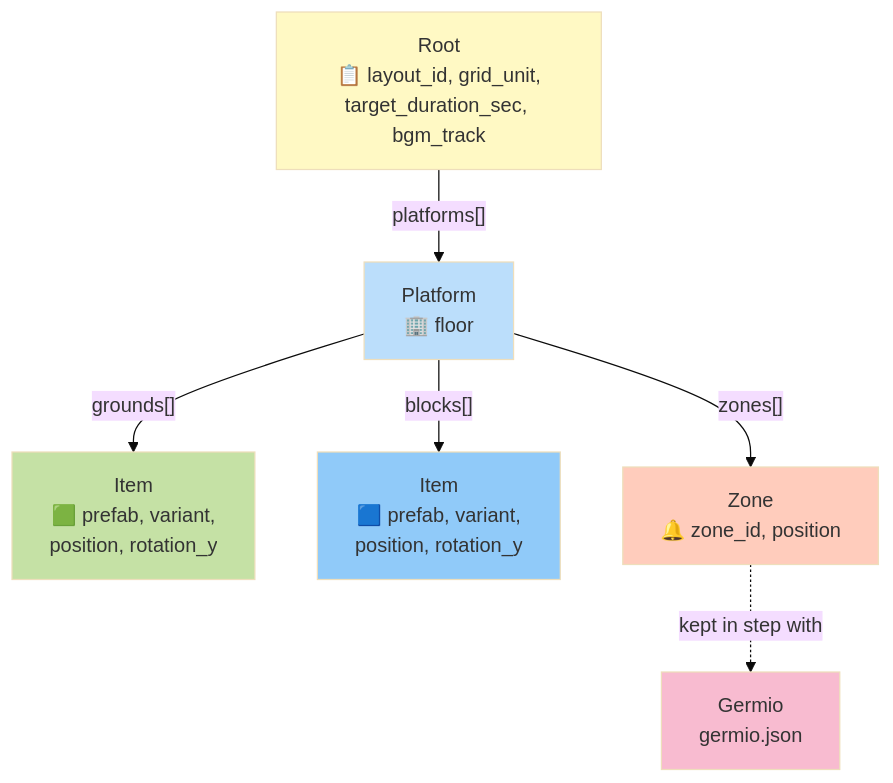
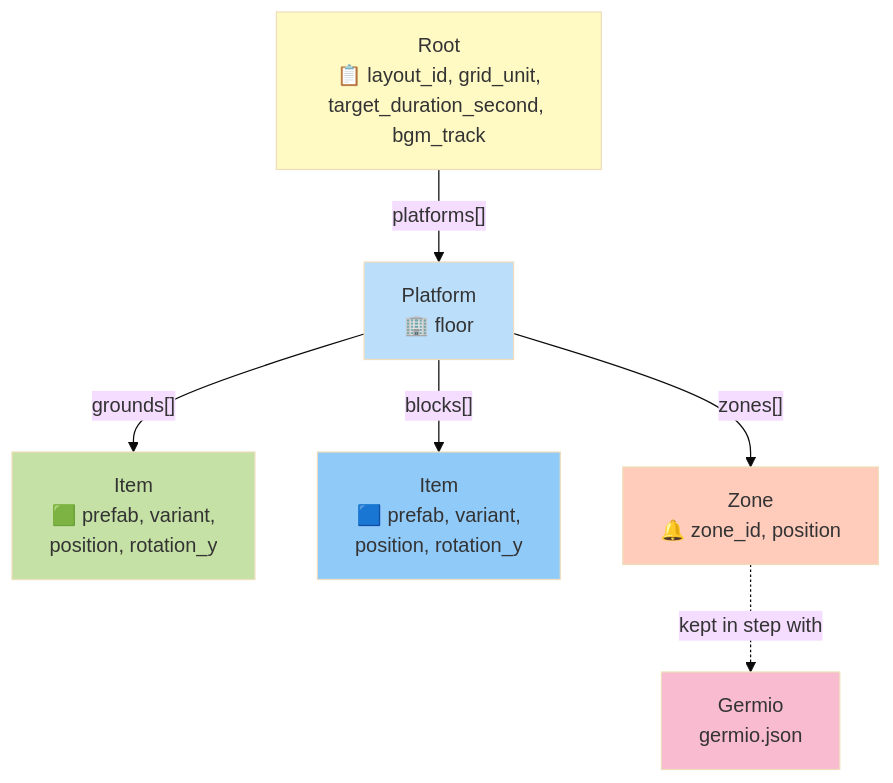
One commit to hiroxpepe/briko changed the seventh of 11 diagrams in README.md. Above: the diagram before and after it, drawn with Mermaid (base theme). The commit also changed other lines of this file and 7 other files, not shown here.

````diff
--- a/README.md
+++ b/README.md
@@ -286,17 +286,17 @@
 ```mermaid
 graph TB
-    Root[Root<br/>📋 layout_id, grid_unit,<br/>target_duration_sec, bgm_track]
+    Root[Root<br/>📋 layout_id, grid_unit,<br/>target_duration_second, bgm_track]
     Root -->|"platforms[]"| P[Platform<br/>🏢 floor]
     P -->|"grounds[]"| I1[Item<br/>🟩 prefab, variant,<br/>position, rotation_y]
     P -->|"blocks[]"| I2[Item<br/>🟦 prefab, variant,<br/>position, rotation_y]
     P -->|"zones[]"| Z[Zone<br/>🔔 zone_id, position]
 
     Z -.kept in step with.-> Germio[Germio<br/>germio.json]
 
     style Root fill:#fff9c4
     style P fill:#bbdefb
     style I1 fill:#c5e1a5
     style I2 fill:#90caf9
     style Z fill:#ffccbc
     style Germio fill:#f8bbd0
 ```
````
